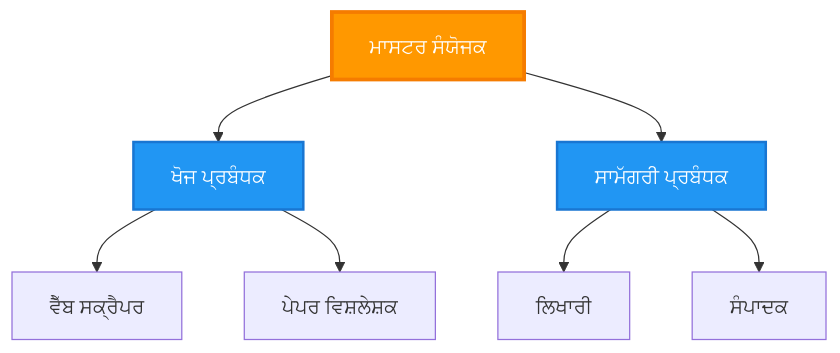
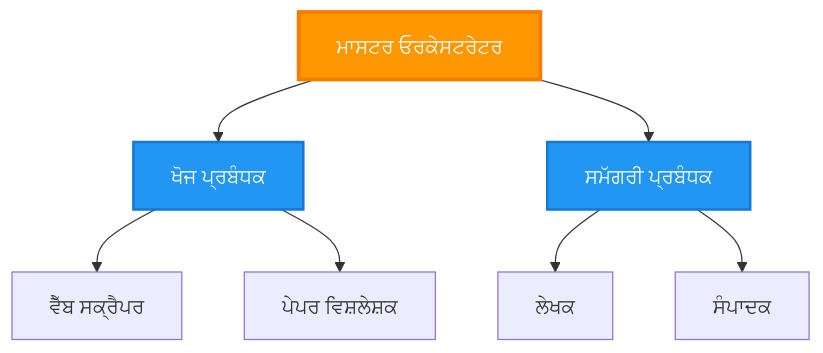
The third of 6 diagrams in translations/pa/docs/chapter-06-pre-deployment/coordination-patterns.md (microsoft/AZD-for-beginners), drawn with Mermaid before and after one commit. The commit also changed other lines of this file and 101 other files, not shown here.

````diff
--- a/translations/pa/docs/chapter-06-pre-deployment/coordination-patterns.md
+++ b/translations/pa/docs/chapter-06-pre-deployment/coordination-patterns.md
@@ -149,21 +143,21 @@
 ```mermaid
 graph TB
-    Master[ਮਾਸਟਰ ਸੰਯੋਜਕ]
+    Master[ਮਾਸਟਰ ਓਰਕੇਸਟਰੇਟਰ]
     Manager1[ਖੋਜ ਪ੍ਰਬੰਧਕ]
-    Manager2[ਸਾਮੱਗਰੀ ਪ੍ਰਬੰਧਕ]
+    Manager2[ਸਮੱਗਰੀ ਪ੍ਰਬੰਧਕ]
     W1[ਵੈੱਬ ਸਕ੍ਰੈਪਰ]
     W2[ਪੇਪਰ ਵਿਸ਼ਲੇਸ਼ਕ]
-    W3[ਲਿਖਾਰੀ]
+    W3[ਲੇਖਕ]
     W4[ਸੰਪਾਦਕ]
     
     Master --> Manager1
     Master --> Manager2
     Manager1 --> W1
     Manager1 --> W2
     Manager2 --> W3
     Manager2 --> W4
     
     style Master fill:#FF9800,stroke:#F57C00,stroke-width:3px,color:#fff
     style Manager1 fill:#2196F3,stroke:#1976D2,stroke-width:2px,color:#fff
     style Manager2 fill:#2196F3,stroke:#1976D2,stroke-width:2px,color:#fff
 ```
````
